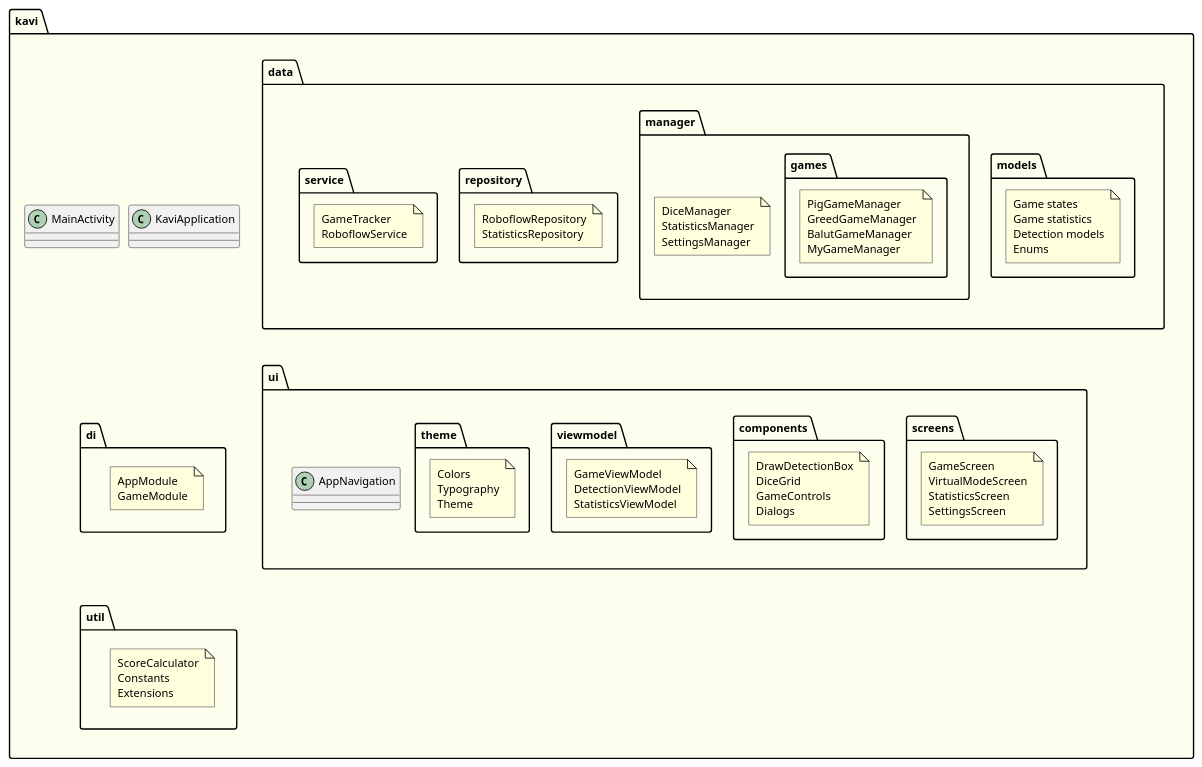
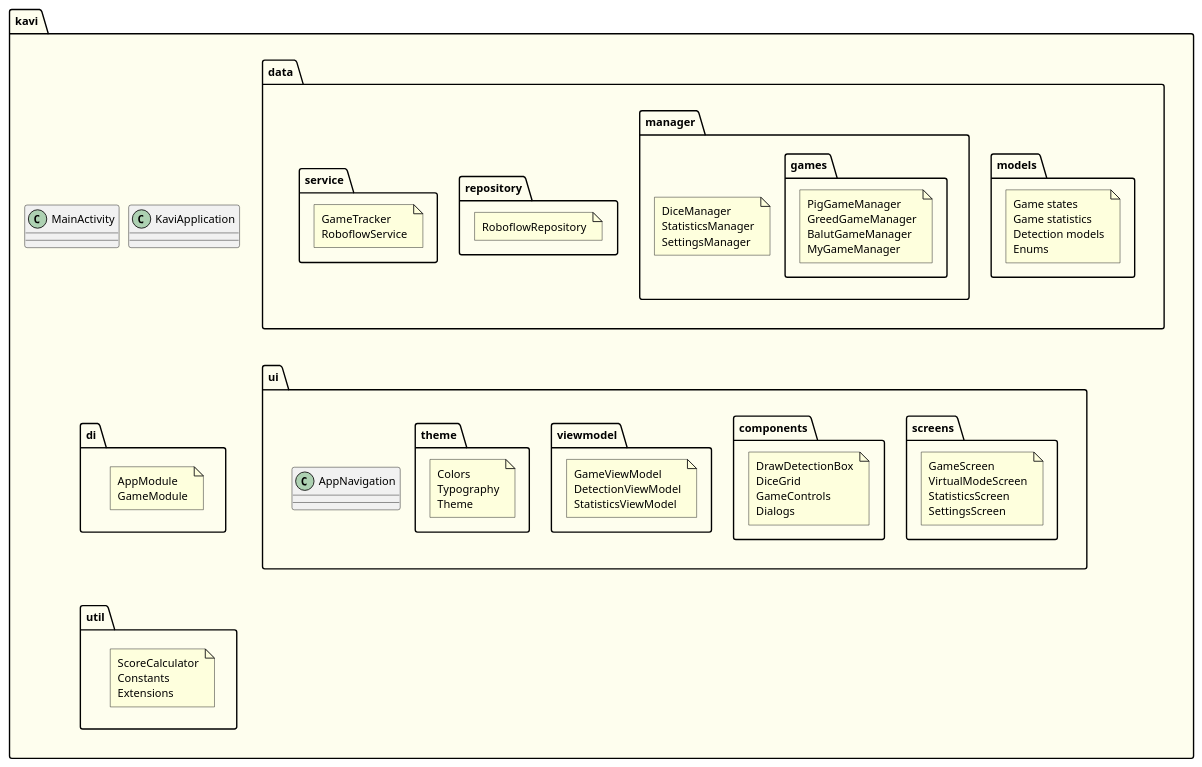
The diagram in uml/source/package_structure.puml (Mayokun-Sofowora/kavi-documentation), drawn with PlantUML before and after one commit. The commit also changed 28 other files, not shown here.

```diff
--- a/uml/source/package_structure.puml
+++ b/uml/source/package_structure.puml
@@ -1,79 +1,79 @@
 @startuml package_structure
 
 ' Styling
 'skinparam packageStyle rectangle
 skinparam Padding 2
 skinparam ParticipantPadding 0
 skinparam ComponentPadding 0
 skinparam nodesep 10
 skinparam ranksep 10
 skinparam defaultFontSize 12
 skinparam backgroundColor white
 skinparam packageBackgroundColor #FEFEEE
 skinparam packageBorderColor #000000
 
 ' Main Application
 package "kavi" {
     class KaviApplication
     class MainActivity
 
     ' Data Layer
     package "data" {
         package "models" {
             note "Game states\nGame statistics\nDetection models\nEnums" as N1
         }
         
         package "manager" {
             package "games" {
                 note "PigGameManager\nGreedGameManager\nBalutGameManager\nMyGameManager" as N2
             }
             note "DiceManager\nStatisticsManager\nSettingsManager" as N3
         }
         
         package "repository" {
-            note "RoboflowRepository\nStatisticsRepository" as N4
+            note "RoboflowRepository" as N4
         }
         
         package "service" {
             note "GameTracker\nRoboflowService" as N5
         }
     }
 
     ' UI Layer
     package "ui" {
         package "screens" {
             note "GameScreen\nVirtualModeScreen\nStatisticsScreen\nSettingsScreen" as N6
         }
         
         package "components" {
             note "DrawDetectionBox\nDiceGrid\nGameControls\nDialogs" as N7
         }
         
         package "viewmodel" {
             note "GameViewModel\nDetectionViewModel\nStatisticsViewModel" as N8
         }
         
         package "theme" {
             note "Colors\nTypography\nTheme" as N9
         }
         
         class AppNavigation
     }
 
     ' Dependency Injection
     package "di" {
         note "AppModule\nGameModule" as N10
     }
 
     ' Utilities
     package "util" {
         note "ScoreCalculator\nConstants\nExtensions" as N11
     }
 }
 
 ' Layout Hints
 data -[hidden]down- ui
 ui -[hidden]right- di
 di -[hidden]down- util
 
 @enduml 
```
